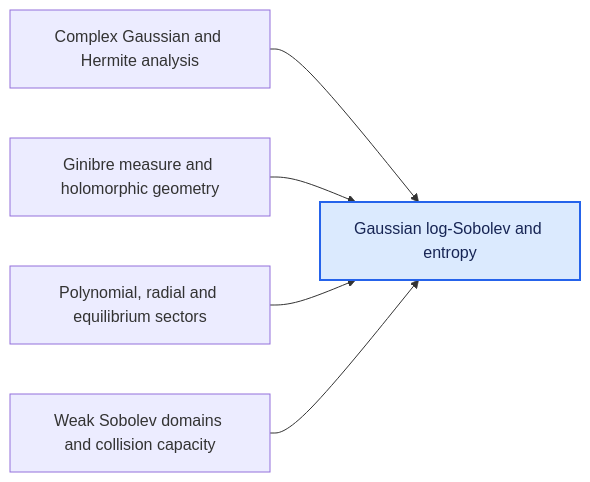
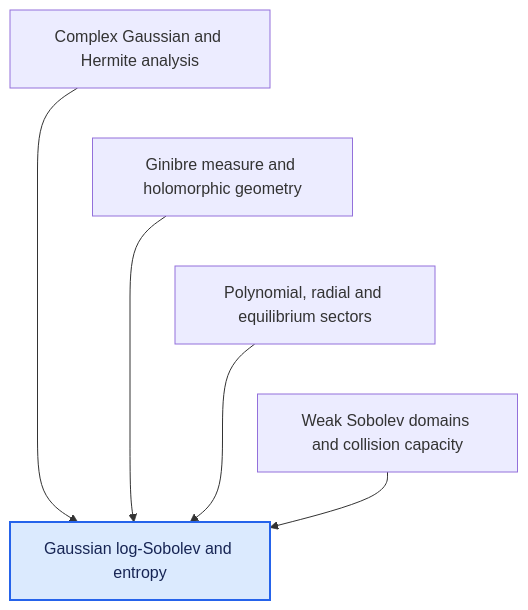
Before and after one commit to djalilchafai/ginibre-poincare: the second of 12 diagrams in DEPENDENCIES.md, drawn with Mermaid. The commit also changed other lines of this file and 44 other files, not shown here.

Commit message:
Make dependency diagrams vertical and add GitHub Pages deployment

````diff
--- a/DEPENDENCIES.md
+++ b/DEPENDENCIES.md
@@ -42,9 +48,12 @@
 ```mermaid
-flowchart LR
+flowchart TB
   ComplexGaussianHermite["Complex Gaussian and Hermite analysis"] --> GaussianLSI["Gaussian log-Sobolev and entropy"]
   GinibreMeasureGeometry["Ginibre measure and holomorphic geometry"] --> GaussianLSI["Gaussian log-Sobolev and entropy"]
   PolynomialRadial["Polynomial, radial and equilibrium sectors"] --> GaussianLSI["Gaussian log-Sobolev and entropy"]
   WeakSobolev["Weak Sobolev domains and collision capacity"] --> GaussianLSI["Gaussian log-Sobolev and entropy"]
+  ComplexGaussianHermite ~~~ GinibreMeasureGeometry
+  GinibreMeasureGeometry ~~~ PolynomialRadial
+  PolynomialRadial ~~~ WeakSobolev
   classDef target fill:#dbeafe,stroke:#2563eb,stroke-width:2px,color:#172554;
   class GaussianLSI target;
 ```
````
